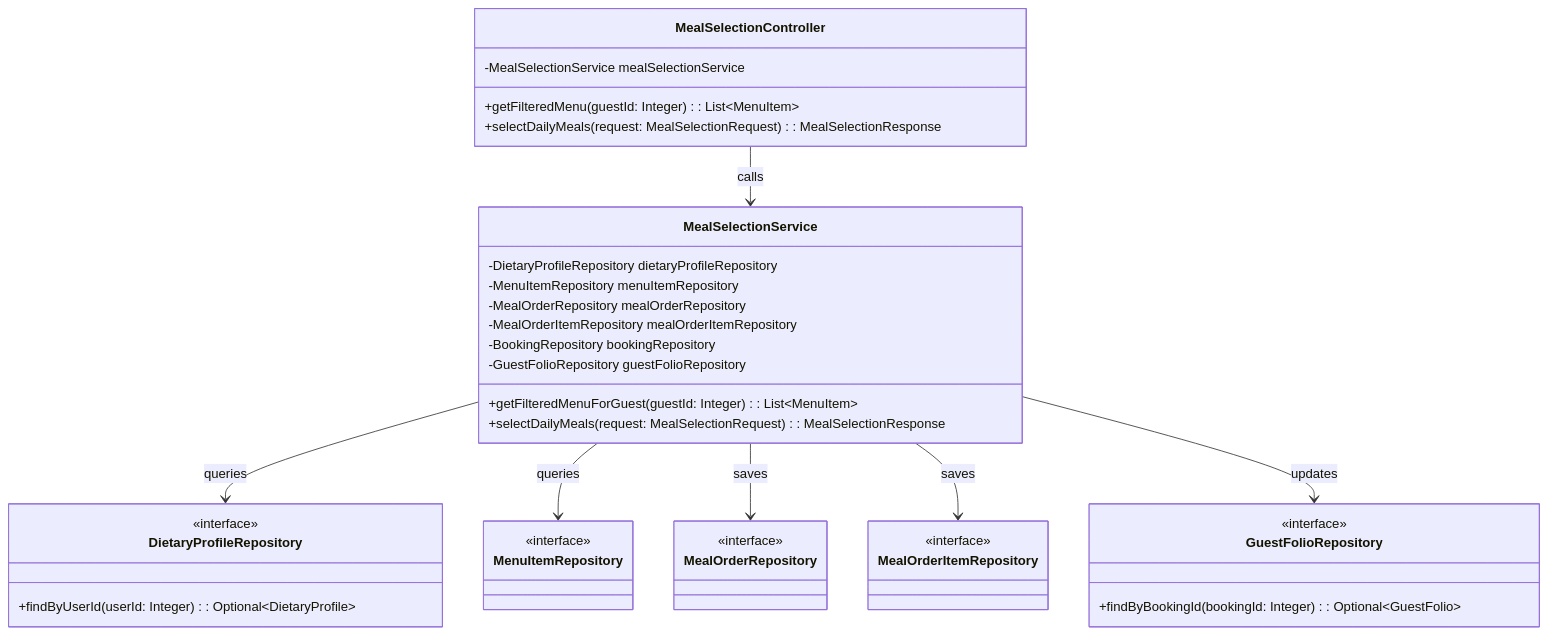
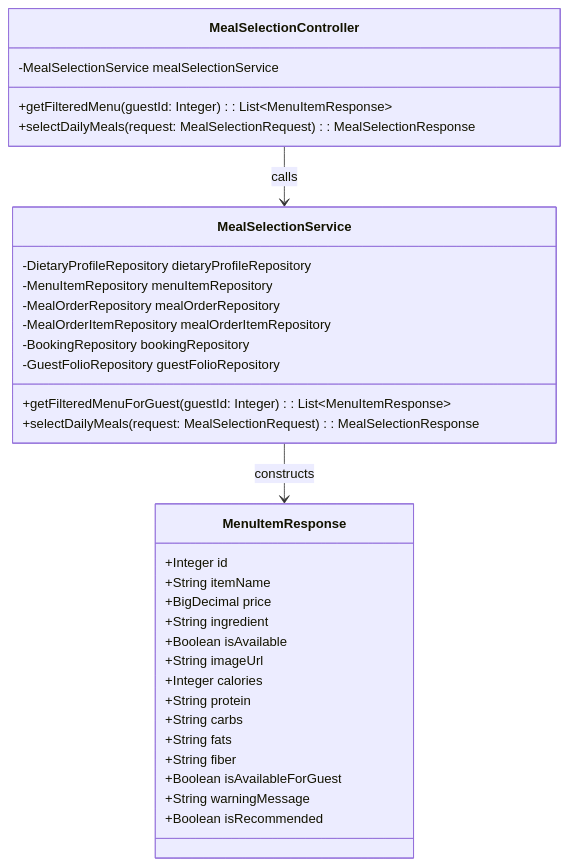
Before and after one commit to danhdac36/xoai-aura-retreat: the first of 2 diagrams in Implement/SWP391-FNB-IMP-UC16.md, drawn with Mermaid. The commit also changed other lines of this file and 27 other files, not shown here.

````diff
--- a/Implement/SWP391-FNB-IMP-UC16.md
+++ b/Implement/SWP391-FNB-IMP-UC16.md
@@ -114,42 +106,37 @@
 ```mermaid
 classDiagram
     class MealSelectionController {
         -MealSelectionService mealSelectionService
-        +getFilteredMenu(guestId: Integer): List~MenuItem~
+        +getFilteredMenu(guestId: Integer): List~MenuItemResponse~
         +selectDailyMeals(request: MealSelectionRequest): MealSelectionResponse
     }
     class MealSelectionService {
         -DietaryProfileRepository dietaryProfileRepository
         -MenuItemRepository menuItemRepository
         -MealOrderRepository mealOrderRepository
         -MealOrderItemRepository mealOrderItemRepository
         -BookingRepository bookingRepository
         -GuestFolioRepository guestFolioRepository
-        +getFilteredMenuForGuest(guestId: Integer): List~MenuItem~
+        +getFilteredMenuForGuest(guestId: Integer): List~MenuItemResponse~
         +selectDailyMeals(request: MealSelectionRequest): MealSelectionResponse
     }
-    class DietaryProfileRepository {
-        <<interface>>
-        +findByUserId(userId: Integer): Optional~DietaryProfile~
+    class MenuItemResponse {
+        +Integer id
+        +String itemName
+        +BigDecimal price
+        +String ingredient
+        +Boolean isAvailable
+        +String imageUrl
+        +Integer calories
+        +String protein
+        +String carbs
+        +String fats
+        +String fiber
+        +Boolean isAvailableForGuest
+        +String warningMessage
+        +Boolean isRecommended
     }
-    class MenuItemRepository {
-        <<interface>>
-    }
-    class MealOrderRepository {
-        <<interface>>
-    }
-    class MealOrderItemRepository {
-        <<interface>>
-    }
-    class GuestFolioRepository {
-        <<interface>>
-        +findByBookingId(bookingId: Integer): Optional~GuestFolio~
-    }
-
+    
     MealSelectionController --> MealSelectionService : calls
-    MealSelectionService --> DietaryProfileRepository : queries
-    MealSelectionService --> MenuItemRepository : queries
-    MealSelectionService --> MealOrderRepository : saves
-    MealSelectionService --> MealOrderItemRepository : saves
-    MealSelectionService --> GuestFolioRepository : updates
+    MealSelectionService --> MenuItemResponse : constructs
 ```
````
